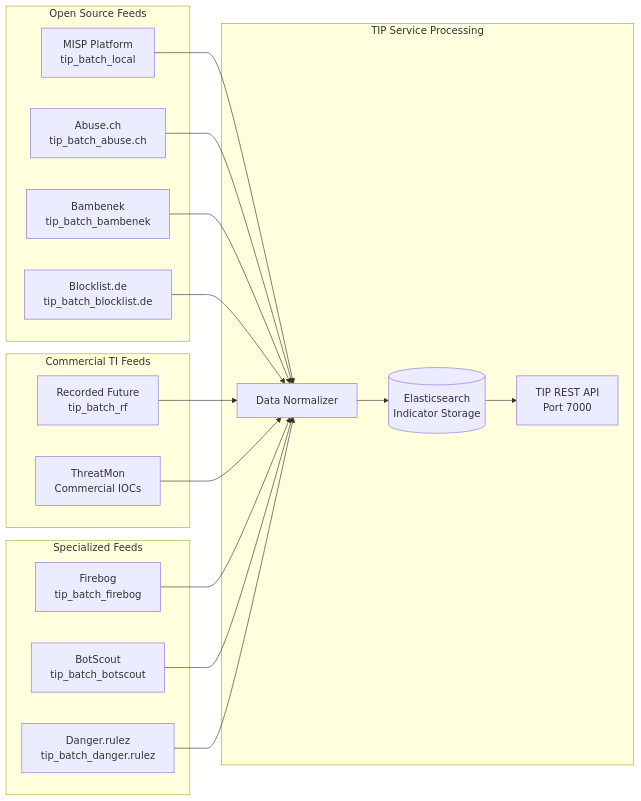
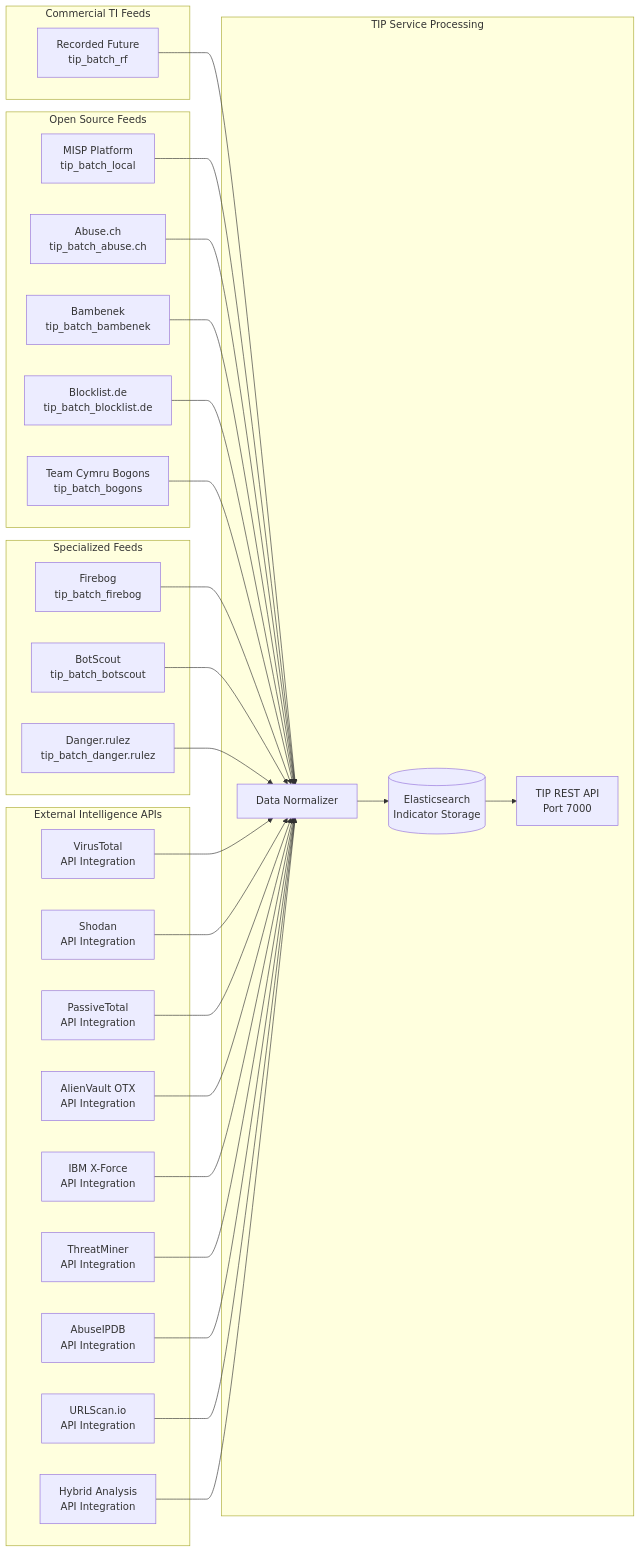
Before and after one commit to Vishwa0220/customers-docs: the third of 18 diagrams in SOAR_Architecture_SIEM_TI_Integration_Documentation.md, drawn with Mermaid. The commit also changed other lines of this file, not shown here.

````diff
--- a/SOAR_Architecture_SIEM_TI_Integration_Documentation.md
+++ b/SOAR_Architecture_SIEM_TI_Integration_Documentation.md
@@ -156,39 +159,60 @@
 ```mermaid
 graph LR
     subgraph "Commercial TI Feeds"
         RF[Recorded Future<br/>tip_batch_rf]
-        THREATMON[ThreatMon<br/>Commercial IOCs]
     end
     
     subgraph "Open Source Feeds"
         MISP[MISP Platform<br/>tip_batch_local]
         ABUSE[Abuse.ch<br/>tip_batch_abuse.ch]
         BAMBENEK[Bambenek<br/>tip_batch_bambenek]
         BLOCKLIST[Blocklist.de<br/>tip_batch_blocklist.de]
+        BOGONS[Team Cymru Bogons<br/>tip_batch_bogons]
     end
     
     subgraph "Specialized Feeds"
         FIREBOG[Firebog<br/>tip_batch_firebog]
         BOTSCOUT[BotScout<br/>tip_batch_botscout]
         DANGER[Danger.rulez<br/>tip_batch_danger.rulez]
     end
     
+    subgraph "External Intelligence APIs"
+        VIRUSTOTAL[VirusTotal<br/>API Integration]
+        SHODAN[Shodan<br/>API Integration]
+        PASSIVETOTAL[PassiveTotal<br/>API Integration]
+        ALIENVAULT[AlienVault OTX<br/>API Integration]
+        IBMXFORCE[IBM X-Force<br/>API Integration]
+        THREATMINER[ThreatMiner<br/>API Integration]
+        ABUSEIPDB[AbuseIPDB<br/>API Integration]
+        URLSCAN[URLScan.io<br/>API Integration]
+        HYBRIDANALYSIS[Hybrid Analysis<br/>API Integration]
+    end
+    
     subgraph "TIP Service Processing"
         NORMALIZER[Data Normalizer]
-        STORAGE[(Elasticsearch<br/>Indicator Storage)]
+        STORAGE[("Elasticsearch<br/>Indicator Storage")]
         API[TIP REST API<br/>Port 7000]
     end
     
     RF --> NORMALIZER
     MISP --> NORMALIZER
     ABUSE --> NORMALIZER
     BAMBENEK --> NORMALIZER
     BLOCKLIST --> NORMALIZER
+    BOGONS --> NORMALIZER
     FIREBOG --> NORMALIZER
     BOTSCOUT --> NORMALIZER
     DANGER --> NORMALIZER
-    THREATMON --> NORMALIZER
+    VIRUSTOTAL --> NORMALIZER
+    SHODAN --> NORMALIZER
+    PASSIVETOTAL --> NORMALIZER
+    ALIENVAULT --> NORMALIZER
+    IBMXFORCE --> NORMALIZER
+    THREATMINER --> NORMALIZER
+    ABUSEIPDB --> NORMALIZER
+    URLSCAN --> NORMALIZER
+    HYBRIDANALYSIS --> NORMALIZER
     
     NORMALIZER --> STORAGE
     STORAGE --> API
 ```
````
